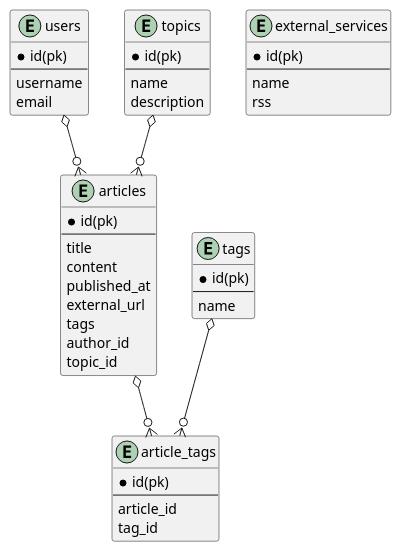
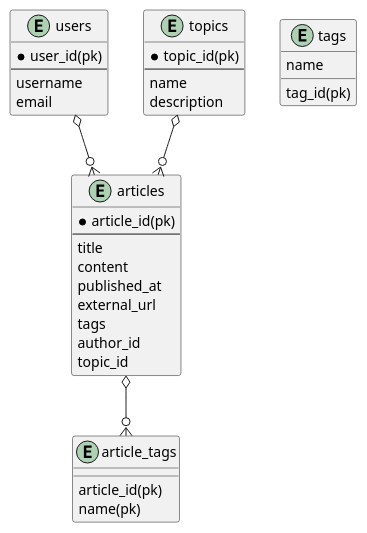
One commit to nozomi-iida/dep-nozo_blog changed the diagram in go_api/er/nozo_blog_api.wsd. Above: the diagram before and after it, drawn with PlantUML. The commit also changed 32 other files, not shown here.

```diff
--- a/go_api/er/nozo_blog_api.wsd
+++ b/go_api/er/nozo_blog_api.wsd
@@ -1,54 +1,43 @@
-@startuml slack
+@startuml nozo_blog
 
 entity users {
-  *id(pk)
+  *user_id(pk)
   --
   username
   email
 }
 
 entity articles {
-  *id(pk)
+  *article_id(pk)
   --
   title
   content
   published_at
   external_url
   tags
   author_id
   topic_id
 }
 
 entity topics {
-  *id(pk)
+  *topic_id(pk)
   --
   name
   description
 }
 
-entity tags {
-  *id(pk)
-  --
-  name
+entity article_tags {
+  article_id(pk)
+  name(pk)
 }
 
-entity article_tags {
-  *id(pk)
-  --
-  article_id
-  tag_id
-}
-
-entity external_services {
-  *id(pk)
-  --
+entity tags {
+  tag_id(pk)
   name
-  rss
 }
 
 users o--o{ articles
 topics o--o{ articles
 articles o--o{ article_tags
-tags o--o{ article_tags
 
 @enduml
```
